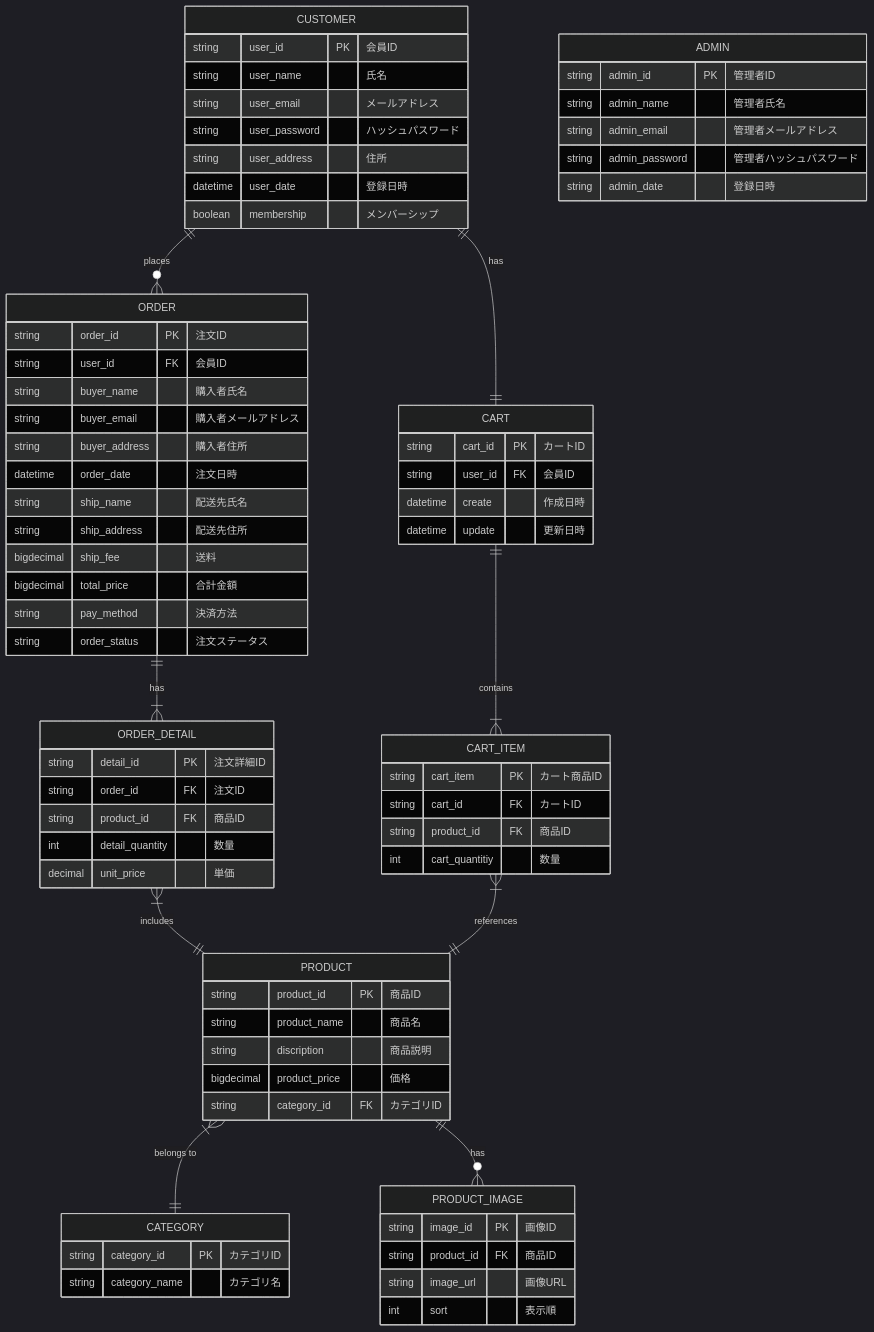
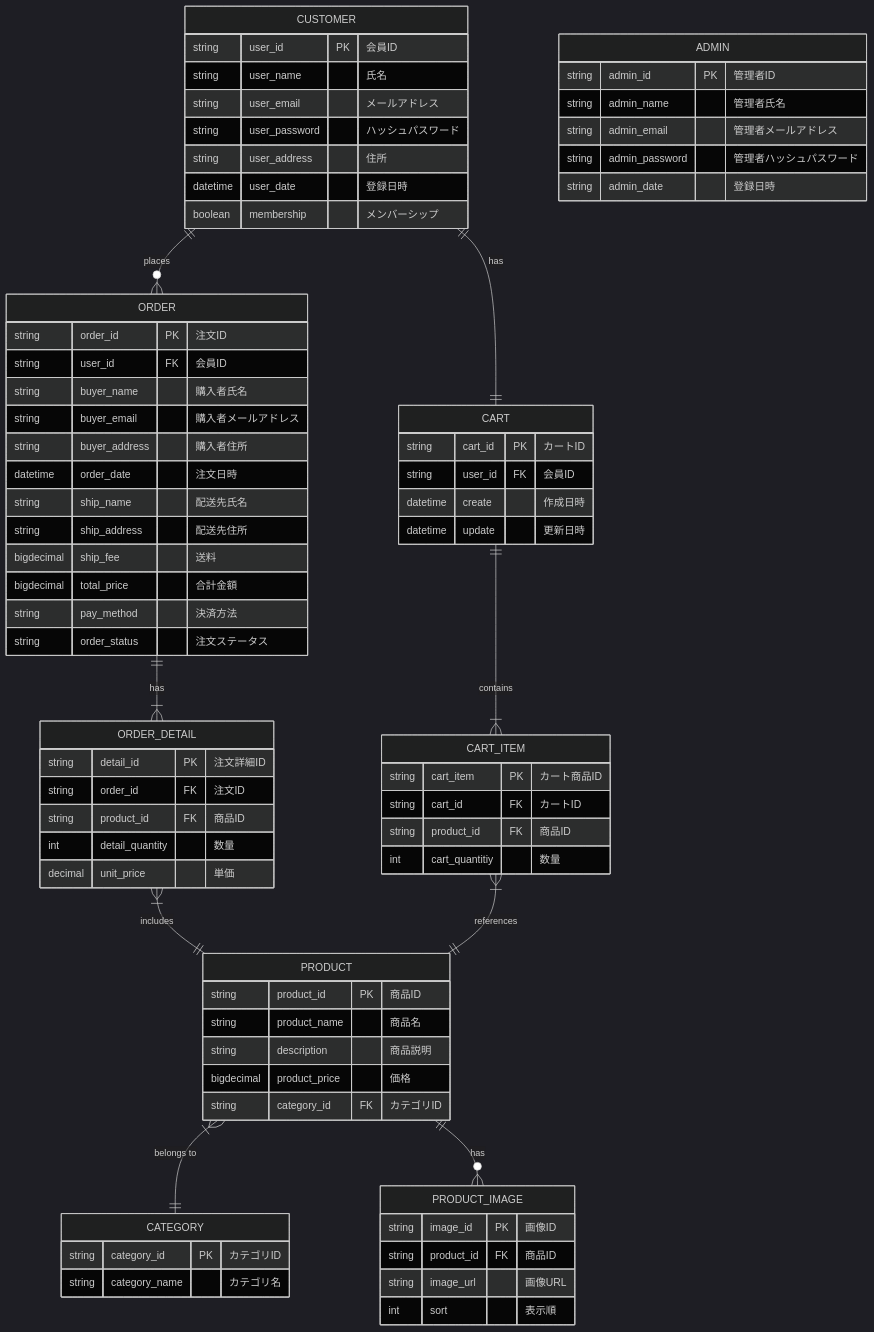
One commit to YUKlT0/Equipe changed the first of 5 diagrams in 基本設計/各担当者ファイル/D.md. Above: the diagram before and after it, drawn with Mermaid (dark theme). The commit also changed 1 other file, not shown here.

```diff
--- a/基本設計/各担当者ファイル/D.md
+++ b/基本設計/各担当者ファイル/D.md
@@ -58,7 +58,7 @@
     PRODUCT {
         string product_id PK "商品ID"
         string product_name "商品名"
-        string discription "商品説明"
+        string description "商品説明"
         bigdecimal product_price "価格"
         string category_id FK "カテゴリID" 
     }
```
